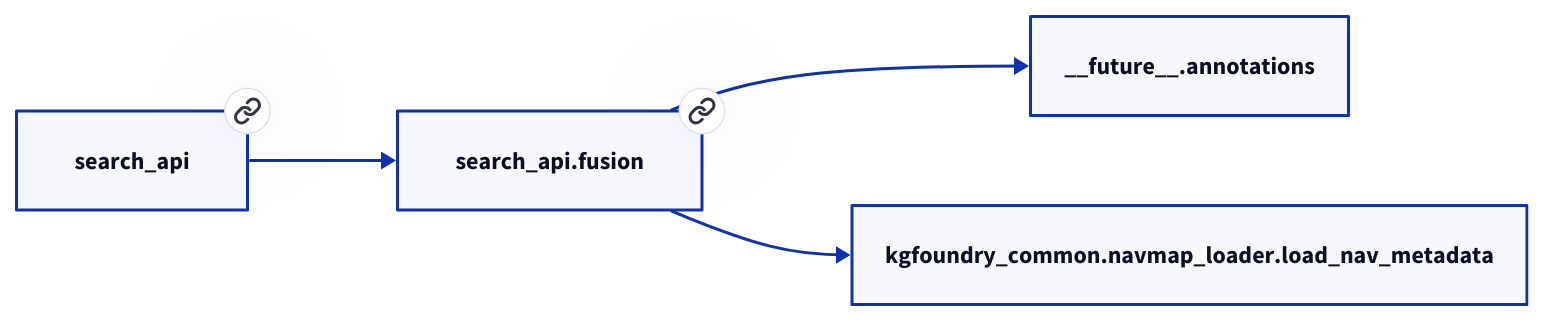
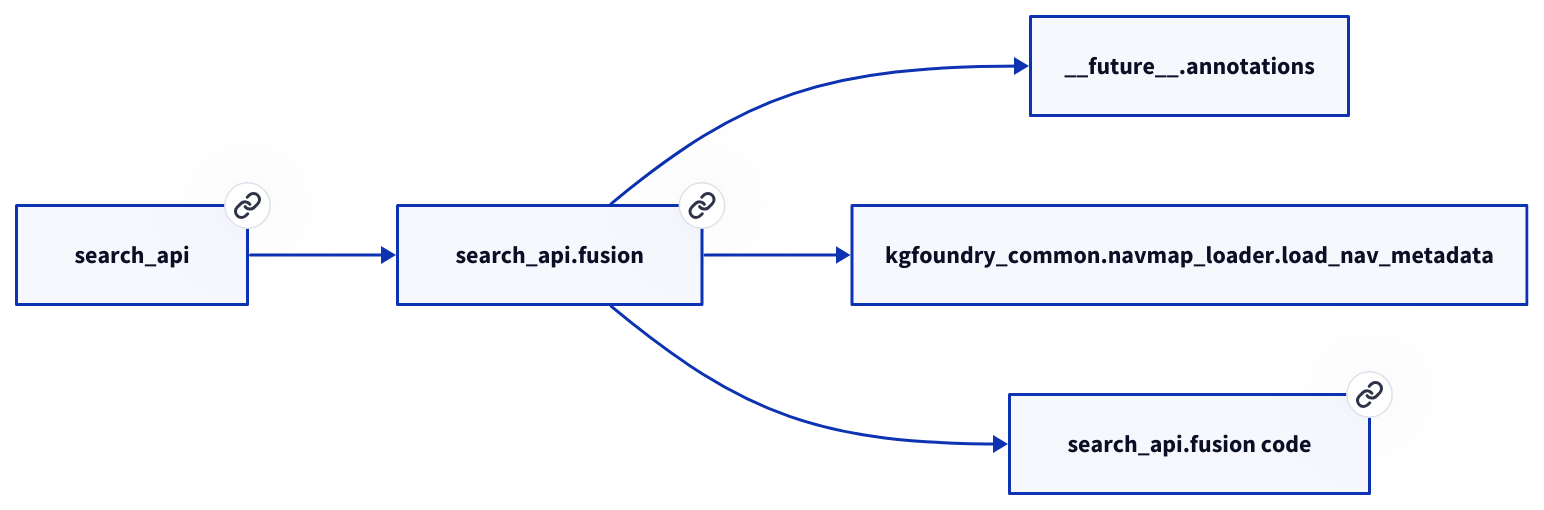
Before and after one commit to paul-heyse/kgforge: the diagram in docs/modules/search_api/fusion.md, drawn with D2. The commit also changed other lines of this file and 319 other files, not shown here.

````diff
--- a/docs/modules/search_api/fusion.md
+++ b/docs/modules/search_api/fusion.md
@@ -27,10 +29,12 @@
 ```d2
 direction: right
-"search_api.fusion": "search_api.fusion" { link: "fusion.md" }
+"search_api.fusion": "search_api.fusion" { link: "./search_api/fusion.md" }
 "__future__.annotations": "__future__.annotations"
 "search_api.fusion" -> "__future__.annotations"
 "kgfoundry_common.navmap_loader.load_nav_metadata": "kgfoundry_common.navmap_loader.load_nav_metadata"
 "search_api.fusion" -> "kgfoundry_common.navmap_loader.load_nav_metadata"
-"search_api": "search_api" { link: "../search_api.md" }
+"search_api": "search_api" { link: "./search_api.md" }
 "search_api" -> "search_api.fusion"
+"search_api.fusion_code": "search_api.fusion code" { link: "https://github.com/kgfoundry/kgfoundry/blob/main/src/search_api/fusion.py" }
+"search_api.fusion" -> "search_api.fusion_code" { style: dashed }
 ```
````
